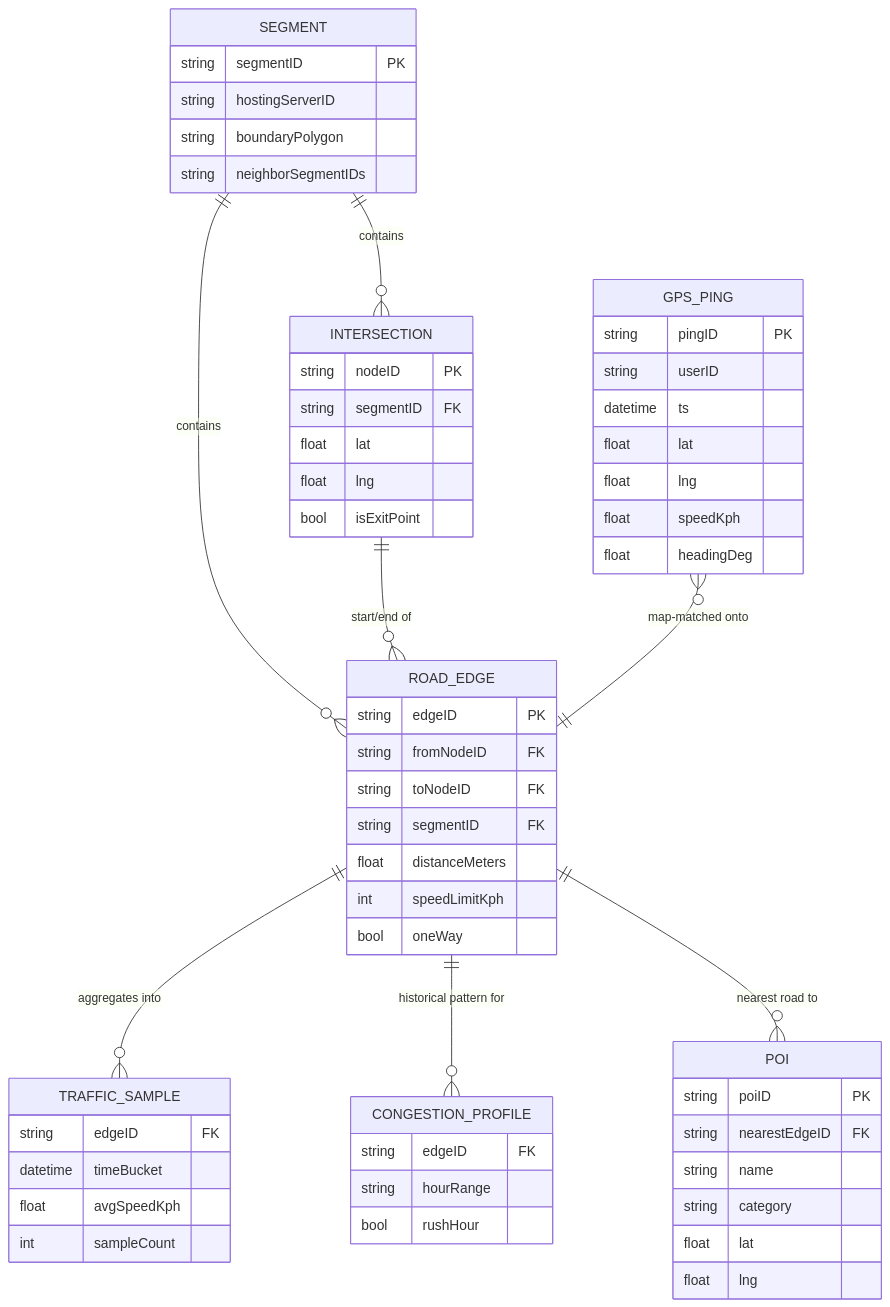
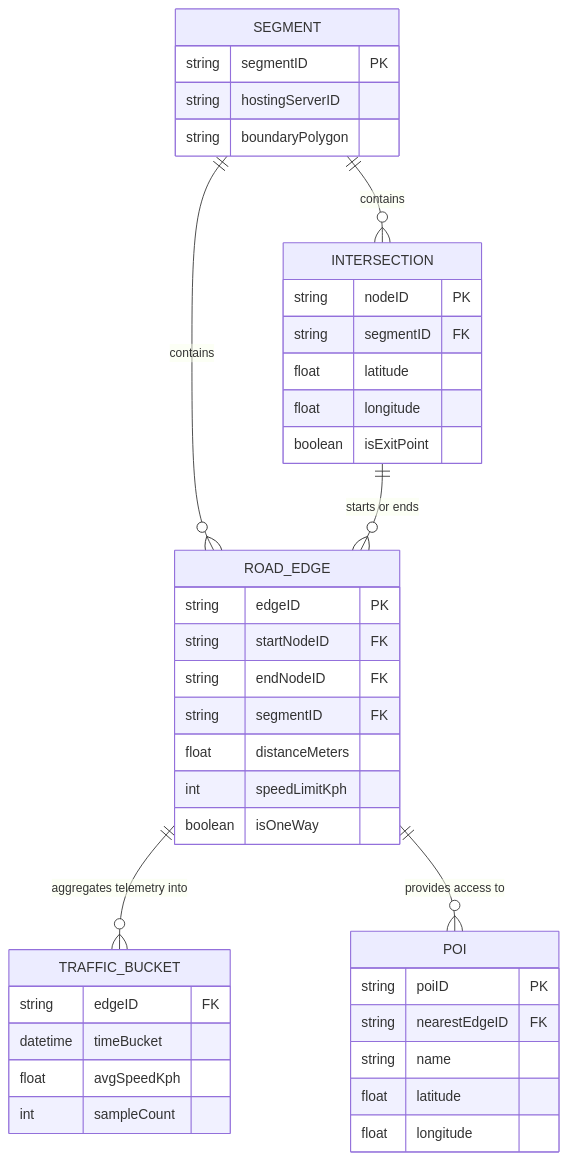
Diagram 12 of 27 in system-design/HLD/0-course/28-Design Google Maps-FAANG-Guide.md (riyaz-pasha/Learnings), drawn with Mermaid before and after one commit. The commit also changed other lines of this file and 1 other file, not shown here.

````diff
--- a/system-design/HLD/0-course/28-Design Google Maps-FAANG-Guide.md
+++ b/system-design/HLD/0-course/28-Design Google Maps-FAANG-Guide.md
@@ -518,61 +651,43 @@
 ```mermaid
 erDiagram
     SEGMENT ||--o{ INTERSECTION : contains
     SEGMENT ||--o{ ROAD_EDGE : contains
-    INTERSECTION ||--o{ ROAD_EDGE : "start/end of"
-    ROAD_EDGE ||--o{ TRAFFIC_SAMPLE : "aggregates into"
-    ROAD_EDGE ||--o{ CONGESTION_PROFILE : "historical pattern for"
-    ROAD_EDGE ||--o{ POI : "nearest road to"
-    GPS_PING }o--|| ROAD_EDGE : "map-matched onto"
+    INTERSECTION ||--o{ ROAD_EDGE : "starts or ends"
+    ROAD_EDGE ||--o{ TRAFFIC_BUCKET : "aggregates telemetry into"
+    ROAD_EDGE ||--o{ POI : "provides access to"
 
     SEGMENT {
         string segmentID PK
         string hostingServerID
         string boundaryPolygon
-        string neighborSegmentIDs
     }
     INTERSECTION {
         string nodeID PK
         string segmentID FK
-        float lat
-        float lng
-        bool isExitPoint
+        float latitude
+        float longitude
+        boolean isExitPoint
     }
     ROAD_EDGE {
         string edgeID PK
-        string fromNodeID FK
-        string toNodeID FK
+        string startNodeID FK
+        string endNodeID FK
         string segmentID FK
         float distanceMeters
         int speedLimitKph
-        bool oneWay
+        boolean isOneWay
     }
-    TRAFFIC_SAMPLE {
+    TRAFFIC_BUCKET {
         string edgeID FK
         datetime timeBucket
         float avgSpeedKph
         int sampleCount
     }
-    CONGESTION_PROFILE {
-        string edgeID FK
-        string hourRange
-        bool rushHour
-    }
     POI {
         string poiID PK
         string nearestEdgeID FK
         string name
-        string category
-        float lat
-        float lng
-    }
-    GPS_PING {
-        string pingID PK
-        string userID
-        datetime ts
-        float lat
-        float lng
-        float speedKph
-        float headingDeg
+        float latitude
+        float longitude
     }
 ```
````
